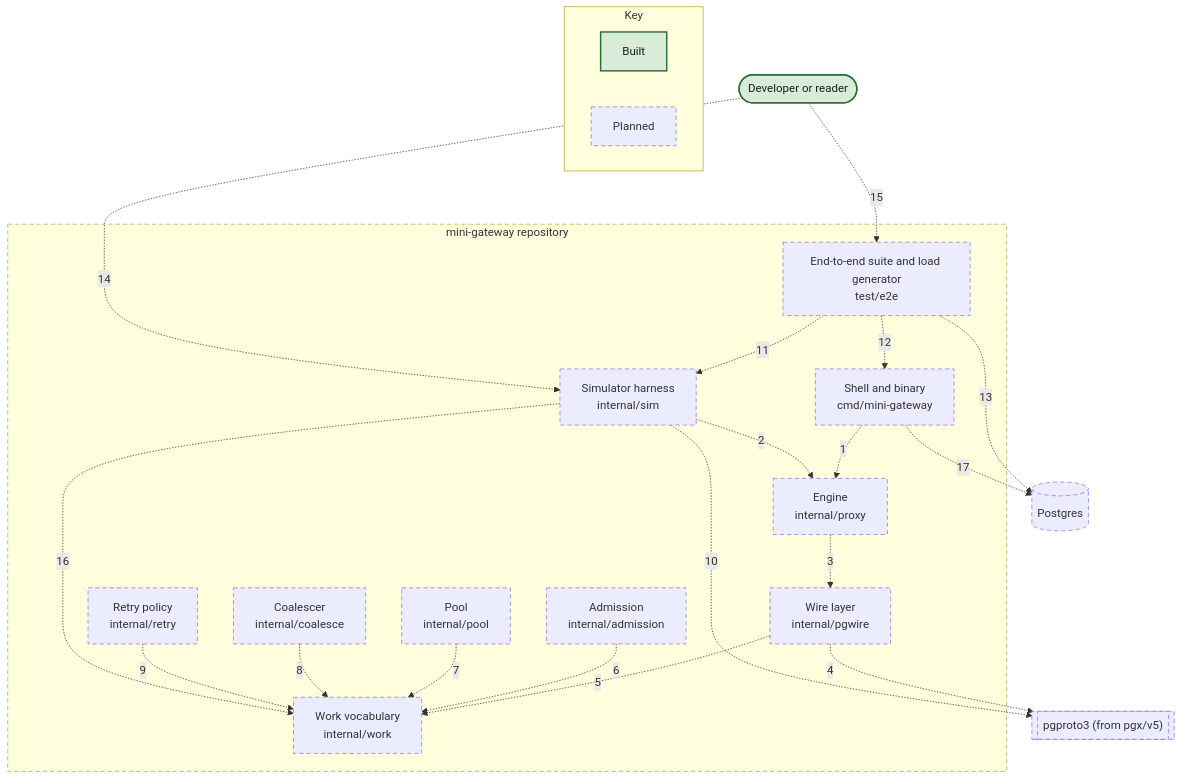
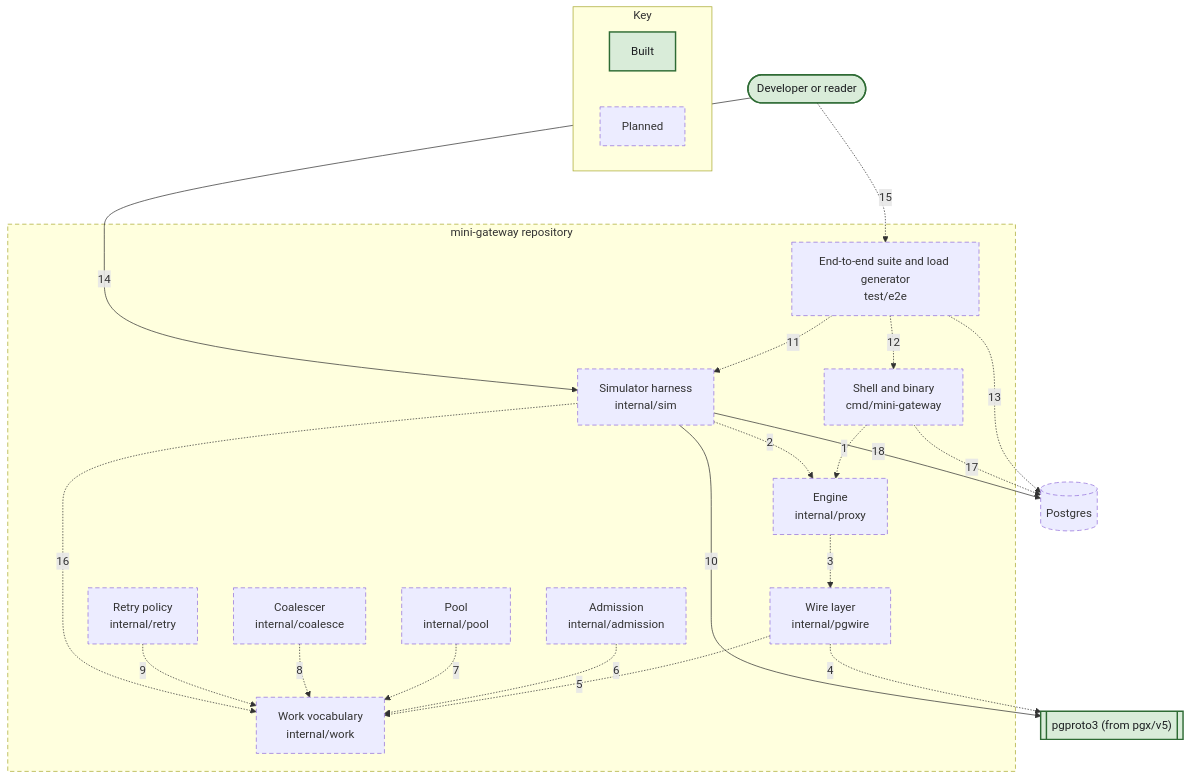
The diagram in docs/c4/diagrams/03-container-drivers-and-seams.mmd (nickstrad/mini-gateway), drawn with Mermaid before and after one commit. The commit also changed 18 other files, not shown here.

First line of the commit message:
c4: mark what chunk 2 built and bring the simulator diagrams up to date

```diff
--- a/docs/c4/diagrams/03-container-drivers-and-seams.mmd
+++ b/docs/c4/diagrams/03-container-drivers-and-seams.mmd
@@ -1,40 +1,41 @@
 flowchart TB
   DEVELOPER(["Developer or reader"]):::built
-  PGPROTO3[["pgproto3 (from pgx/v5)"]]:::planned
+  PGPROTO3[["pgproto3 (from pgx/v5)"]]:::built
   PG[("Postgres")]:::planned
   subgraph SCOPE["mini-gateway repository"]
     C_SIM["Simulator harness<br/>internal/sim"]:::planned
     C_E2E["End-to-end suite and load generator<br/>test/e2e"]:::planned
     C_SHELL["Shell and binary<br/>cmd/mini-gateway"]:::planned
     C_ENGINE["Engine<br/>internal/proxy"]:::planned
     C_PGWIRE["Wire layer<br/>internal/pgwire"]:::planned
     C_WORK["Work vocabulary<br/>internal/work"]:::planned
     C_ADM["Admission<br/>internal/admission"]:::planned
     C_POOL["Pool<br/>internal/pool"]:::planned
     C_COAL["Coalescer<br/>internal/coalesce"]:::planned
     C_RETRY["Retry policy<br/>internal/retry"]:::planned
   end
   C_SHELL -.->|1| C_ENGINE
   C_SIM -.->|2| C_ENGINE
   C_ENGINE -.->|3| C_PGWIRE
   C_PGWIRE -.->|4| PGPROTO3
   C_PGWIRE -.->|5| C_WORK
   C_ADM -.->|6| C_WORK
   C_POOL -.->|7| C_WORK
   C_COAL -.->|8| C_WORK
   C_RETRY -.->|9| C_WORK
-  C_SIM -.->|10| PGPROTO3
+  C_SIM -->|10| PGPROTO3
   C_E2E -.->|11| C_SIM
   C_E2E -.->|12| C_SHELL
   C_E2E -.->|13| PG
-  DEVELOPER -.->|14| C_SIM
+  DEVELOPER -->|14| C_SIM
   DEVELOPER -.->|15| C_E2E
   C_SIM -.->|16| C_WORK
   C_SHELL -.->|17| PG
+  C_SIM -->|18| PG
   subgraph KEY["Key"]
     KEY_BUILT["Built"]:::built
     KEY_PLANNED["Planned"]:::planned
   end
   classDef built fill:#d9ecd9,stroke:#2e6b34,stroke-width:2px,color:#1c1e21
   classDef planned stroke-width:1px,stroke-dasharray:6 4
   style SCOPE stroke-dasharray:6 4
```
